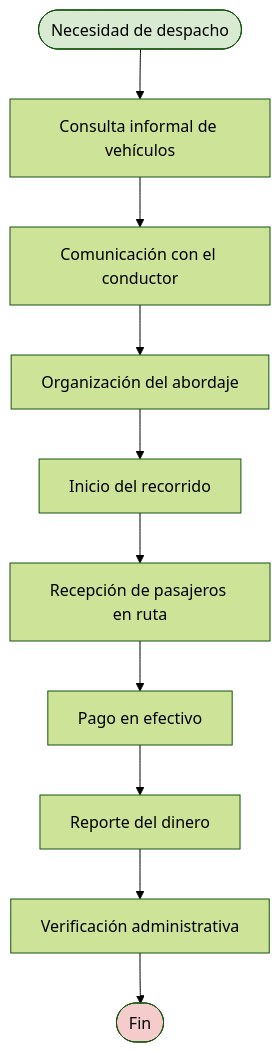
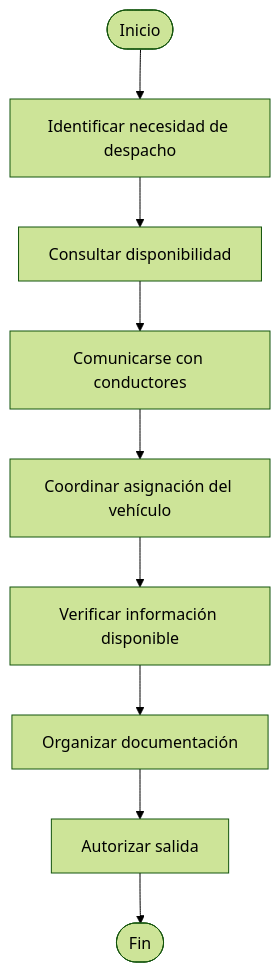
The third of 11 diagrams in Arquitectura de negocio y diagnóstico empresarial.md (santiyn2/arquitectura-empresarial-cootransoriente-ucc), drawn with Mermaid (forest theme) before and after one commit. The commit also changed other lines of this file, not shown here.

````diff
--- a/Arquitectura de negocio y diagnóstico empresarial.md
+++ b/Arquitectura de negocio y diagnóstico empresarial.md
@@ -497,15 +417,11 @@
 ```mermaid
 flowchart TD
-    A([Necesidad de despacho]) --> B[Consulta informal de vehículos]
-    B --> C[Comunicación con el conductor]
-    C --> D[Organización del abordaje]
-    D --> E[Inicio del recorrido]
-    E --> F[Recepción de pasajeros en ruta]
-    F --> G[Pago en efectivo]
-    G --> H[Reporte del dinero]
-    H --> I[Verificación administrativa]
-    I --> J([Fin])
-
-    style A fill:#d9ead3
-    style J fill:#f4cccc
+ A([Inicio]) --> B[Identificar necesidad de despacho]
+ B --> C[Consultar disponibilidad]
+ C --> D[Comunicarse con conductores]
+ D --> E[Coordinar asignación del vehículo]
+ E --> F[Verificar información disponible]
+ F --> G[Organizar documentación]
+ G --> H[Autorizar salida]
+ H --> I([Fin])
 ```
````
